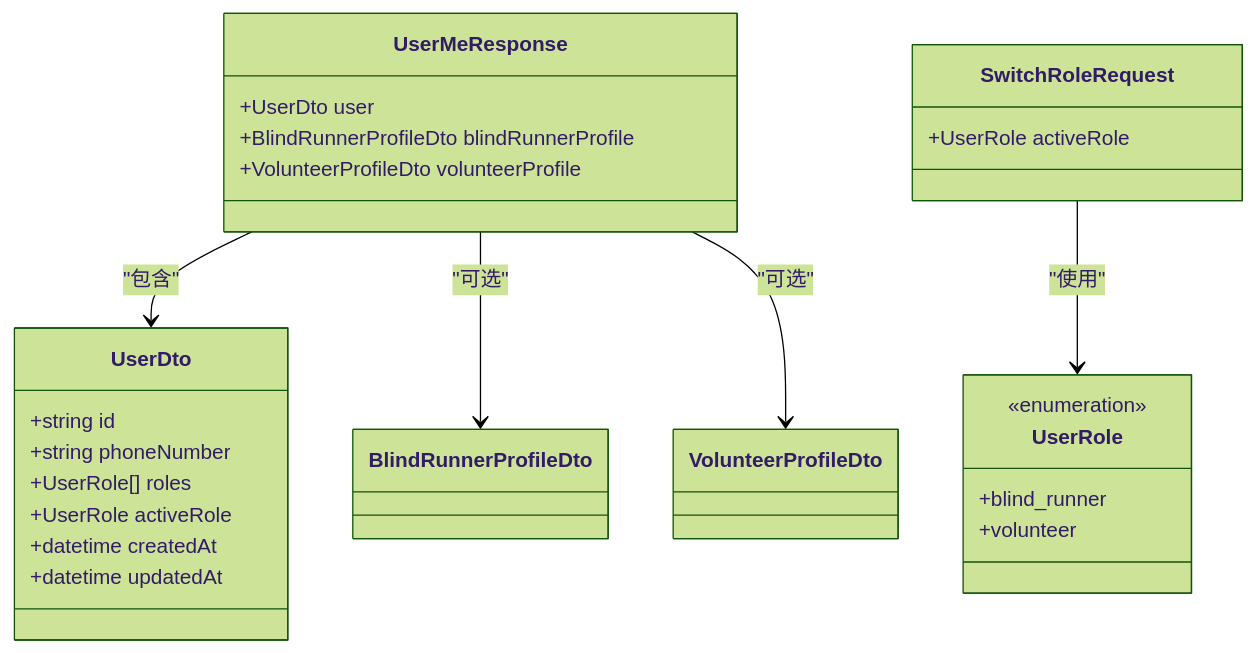
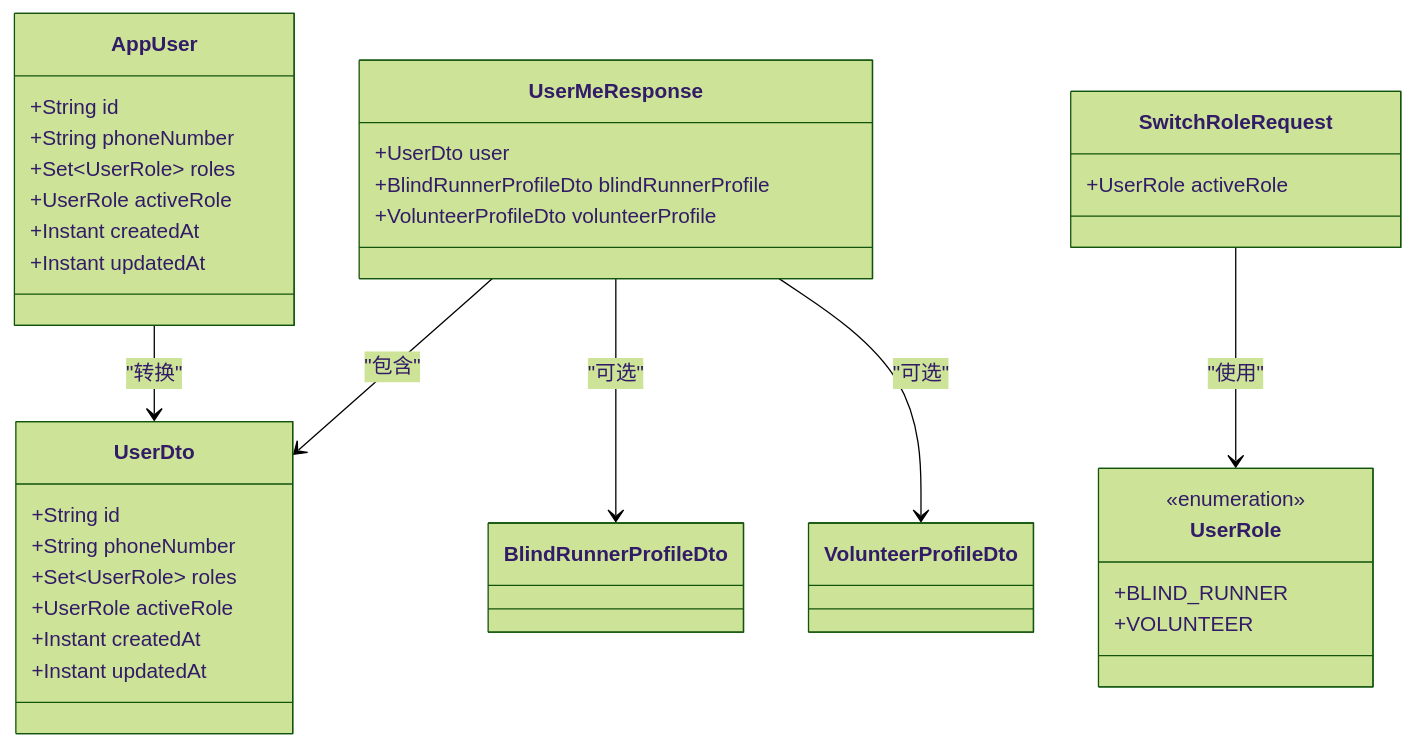
One commit to Jayden23018/blind-run-ios changed the second of 7 diagrams in .qoder/repowiki/zh/content/API 接口文档/用户资料接口.md. Above: the diagram before and after it, drawn with Mermaid (forest theme). The commit also changed other lines of this file and 22 other files, not shown here.

````diff
--- a/.qoder/repowiki/zh/content/API 接口文档/用户资料接口.md
+++ b/.qoder/repowiki/zh/content/API 接口文档/用户资料接口.md
@@ -61,28 +84,37 @@
 ```mermaid
 classDiagram
+class AppUser {
++String id
++String phoneNumber
++Set~UserRole~ roles
++UserRole activeRole
++Instant createdAt
++Instant updatedAt
+}
 class UserDto {
-+string id
-+string phoneNumber
-+UserRole[] roles
++String id
++String phoneNumber
++Set~UserRole~ roles
 +UserRole activeRole
-+datetime createdAt
-+datetime updatedAt
++Instant createdAt
++Instant updatedAt
 }
 class UserMeResponse {
 +UserDto user
 +BlindRunnerProfileDto blindRunnerProfile
 +VolunteerProfileDto volunteerProfile
 }
 class SwitchRoleRequest {
 +UserRole activeRole
 }
 class UserRole {
 <<enumeration>>
-+blind_runner
-+volunteer
++BLIND_RUNNER
++VOLUNTEER
 }
+AppUser --> UserDto : "转换"
 UserMeResponse --> UserDto : "包含"
 UserMeResponse --> BlindRunnerProfileDto : "可选"
 UserMeResponse --> VolunteerProfileDto : "可选"
 SwitchRoleRequest --> UserRole : "使用"
 ```
````
